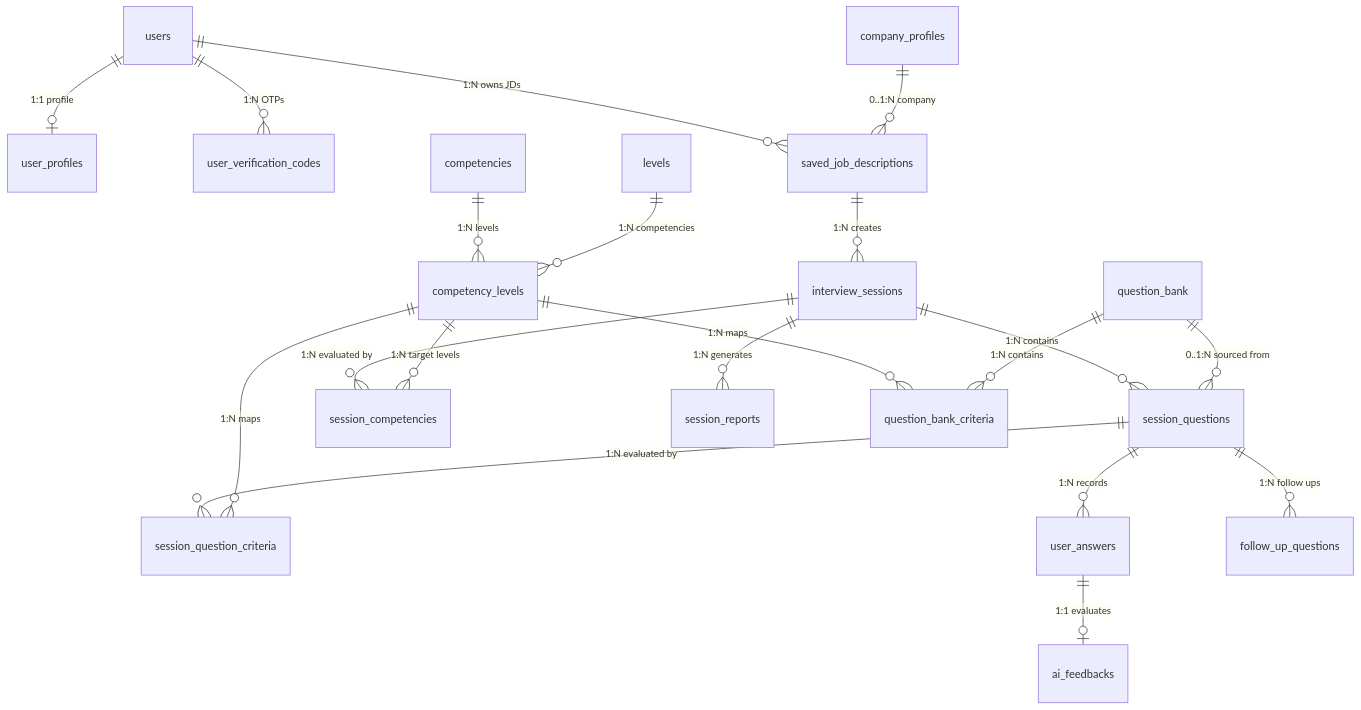
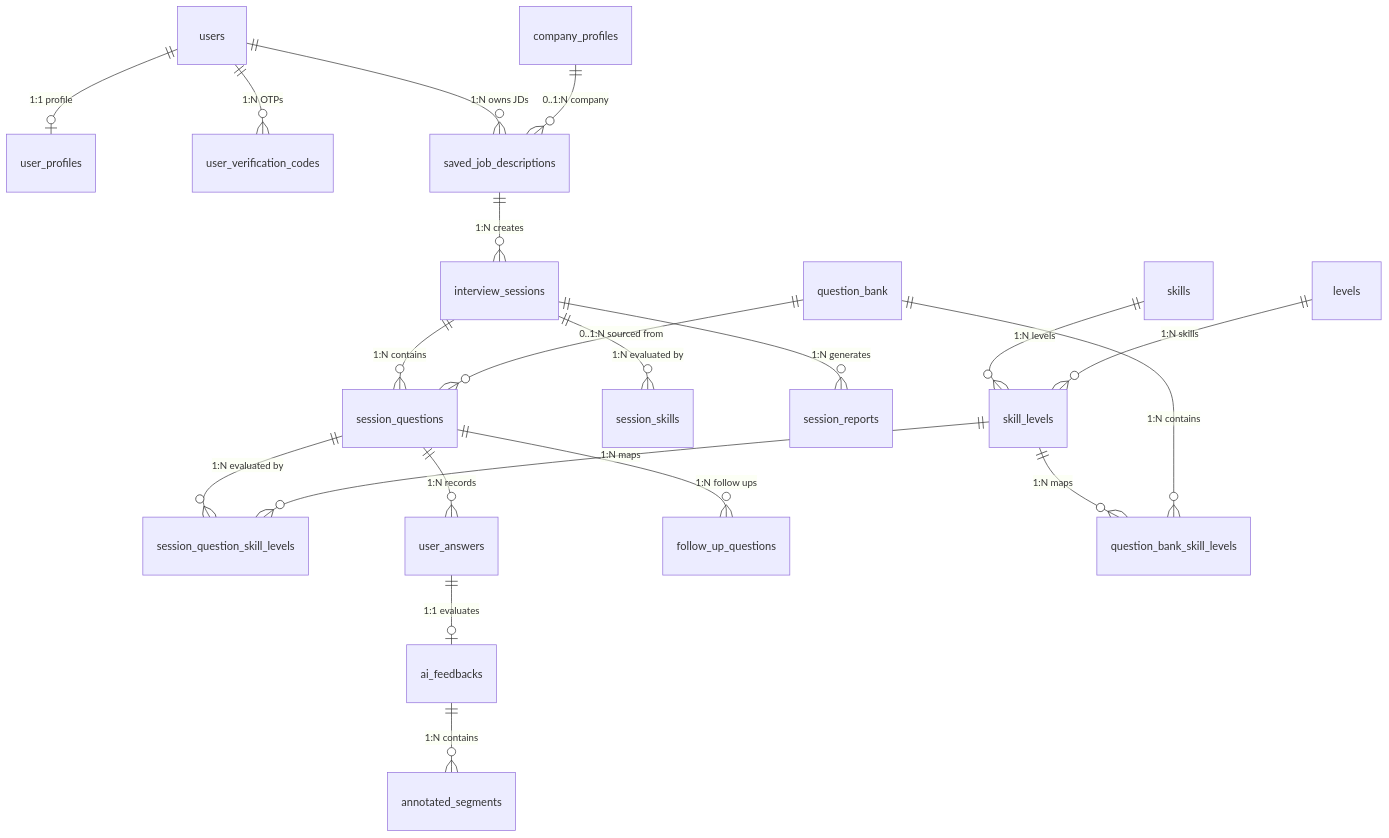
One commit to lethanhan01/interview-coach changed the first of 3 diagrams in docs/Design/DetailedDesign/database-design/Database.md. Above: the diagram before and after it, drawn with Mermaid. The commit also changed other lines of this file and 20 other files, not shown here.

````diff
--- a/docs/Design/DetailedDesign/database-design/Database.md
+++ b/docs/Design/DetailedDesign/database-design/Database.md
@@ -85,29 +85,29 @@
 ```mermaid
 erDiagram
     users ||--o| user_profiles : "1:1 profile"
     users ||--o{ user_verification_codes : "1:N OTPs"
     users ||--o{ saved_job_descriptions : "1:N owns JDs"
     company_profiles ||--o{ saved_job_descriptions : "0..1:N company"
     
     saved_job_descriptions ||--o{ interview_sessions : "1:N creates"
     
     interview_sessions ||--o{ session_questions : "1:N contains"
-    interview_sessions ||--o{ session_competencies : "1:N evaluated by"
+    interview_sessions ||--o{ session_skills : "1:N evaluated by"
     interview_sessions ||--o{ session_reports : "1:N generates"
     
-    session_questions ||--o{ session_question_criteria : "1:N evaluated by"
+    session_questions ||--o{ session_question_skill_levels : "1:N evaluated by"
     session_questions ||--o{ user_answers : "1:N records"
     session_questions ||--o{ follow_up_questions : "1:N follow ups"
     
     user_answers ||--o| ai_feedbacks : "1:1 evaluates"
+    ai_feedbacks ||--o{ annotated_segments : "1:N contains"
     
-    competencies ||--o{ competency_levels : "1:N levels"
-    levels ||--o{ competency_levels : "1:N competencies"
+    skills ||--o{ skill_levels : "1:N levels"
+    levels ||--o{ skill_levels : "1:N skills"
     
-    competency_levels ||--o{ question_bank_criteria : "1:N maps"
-    competency_levels ||--o{ session_question_criteria : "1:N maps"
-    competency_levels ||--o{ session_competencies : "1:N target levels"
+    skill_levels ||--o{ question_bank_skill_levels : "1:N maps"
+    skill_levels ||--o{ session_question_skill_levels : "1:N maps"
     
-    question_bank ||--o{ question_bank_criteria : "1:N contains"
+    question_bank ||--o{ question_bank_skill_levels : "1:N contains"
     question_bank ||--o{ session_questions : "0..1:N sourced from"
 ```
````
